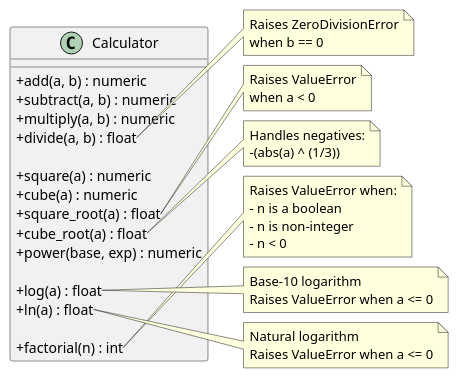
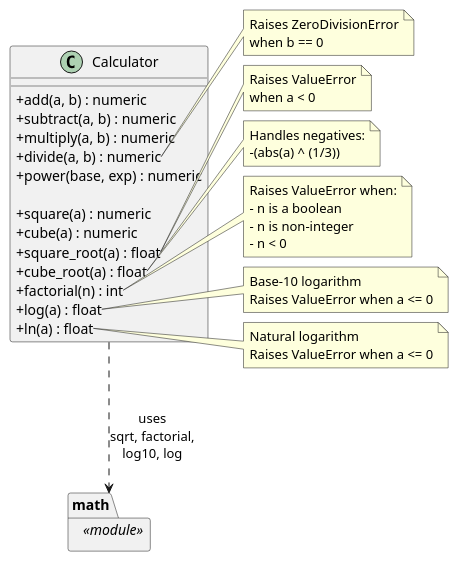
Before and after one commit to DanielRiha8906/Calculator_bachelor_autoevolution_team: the diagram in artifacts/class_diagram_calculator.puml, drawn with PlantUML. The commit also changed 3 other files, not shown here.

Commit message:
add PlantUML diagrams for math functions (issue #380)

```diff
--- a/artifacts/class_diagram_calculator.puml
+++ b/artifacts/class_diagram_calculator.puml
@@ -1,59 +1,60 @@
 @startuml class_diagram_calculator
 
 skinparam classAttributeIconSize 0
 
 class Calculator {
-    ' Basic Arithmetic
+    ' Binary Operations
     + add(a, b) : numeric
     + subtract(a, b) : numeric
     + multiply(a, b) : numeric
-    + divide(a, b) : float
+    + divide(a, b) : numeric
+    + power(base, exp) : numeric
 
-    ' Power & Root
+    ' Unary Operations
     + square(a) : numeric
     + cube(a) : numeric
     + square_root(a) : float
     + cube_root(a) : float
-    + power(base, exp) : numeric
-
-    ' Logarithmic
+    + factorial(n) : int
     + log(a) : float
     + ln(a) : float
-
-    ' Combinatorial
-    + factorial(n) : int
 }
 
 note right of Calculator::divide
   Raises ZeroDivisionError
   when b == 0
 end note
 
 note right of Calculator::square_root
   Raises ValueError
   when a < 0
 end note
 
 note right of Calculator::cube_root
   Handles negatives:
   -(abs(a) ^ (1/3))
 end note
 
 note right of Calculator::factorial
   Raises ValueError when:
   - n is a boolean
   - n is non-integer
   - n < 0
 end note
 
 note right of Calculator::log
   Base-10 logarithm
   Raises ValueError when a <= 0
 end note
 
 note right of Calculator::ln
   Natural logarithm
   Raises ValueError when a <= 0
 end note
 
+package "math" <<module>> {
+}
+
+Calculator ..> math : uses\nsqrt, factorial,\nlog10, log
+
 @enduml
```
